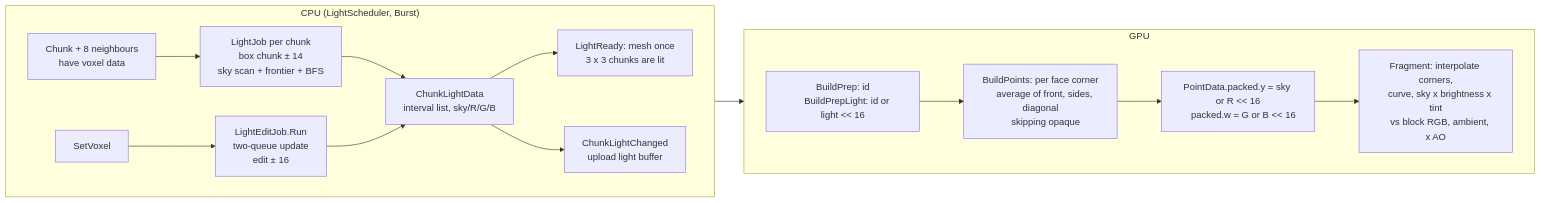
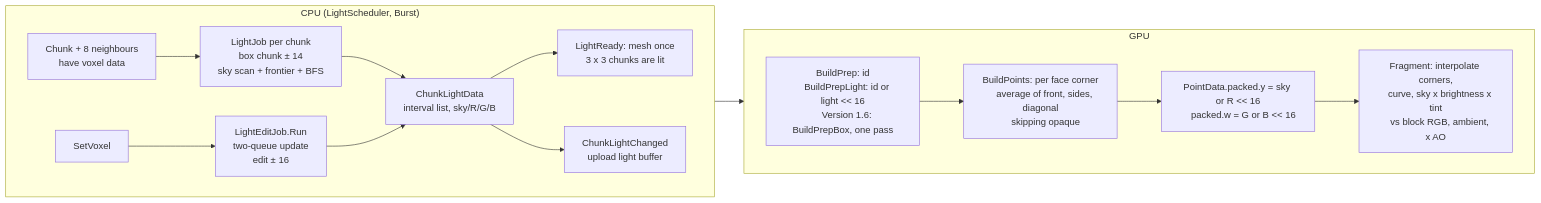
The eighth of 10 diagrams in Assets/Engine/Docs/MeshAndRenderPipeline.md (anilas5235/Infinitile), drawn with Mermaid before and after one commit. The commit also changed other lines of this file and 22 other files, not shown here.

First line of the commit message:
§20: collider mask meshing (20.3) and partition box prep (20.4) (#41)

````diff
--- a/Assets/Engine/Docs/MeshAndRenderPipeline.md
+++ b/Assets/Engine/Docs/MeshAndRenderPipeline.md
@@ -373,34 +373,35 @@
 ```mermaid
 flowchart LR
 subgraph CPU["CPU (LightScheduler, Burst)"]
     direction LR
     A[Chunk + 8 neighbours
     have voxel data] --> B[LightJob per chunk
     box chunk ± 14
     sky scan + frontier + BFS]
     B --> C[ChunkLightData
     interval list, sky/R/G/B]
     C --> D[LightReady: mesh once
     3 x 3 chunks are lit]
     E[SetVoxel] --> F[LightEditJob.Run
     two-queue update
     edit ± 16]
     F --> C
     C --> G[ChunkLightChanged
     upload light buffer]
 end
 
 subgraph GPU
     direction LR
     G --> H[BuildPrep: id
-    BuildPrepLight: id or light << 16]
+    BuildPrepLight: id or light << 16
+    Version 1.6: BuildPrepBox, one pass]
     H --> I[BuildPoints: per face corner
     average of front, sides, diagonal
     skipping opaque]
     I --> J[PointData.packed.y = sky or R << 16
     packed.w = G or B << 16]
     J --> K[Fragment: interpolate corners,
     curve, sky x brightness x tint
     vs block RGB, ambient, x AO]
 end
 ```
````
